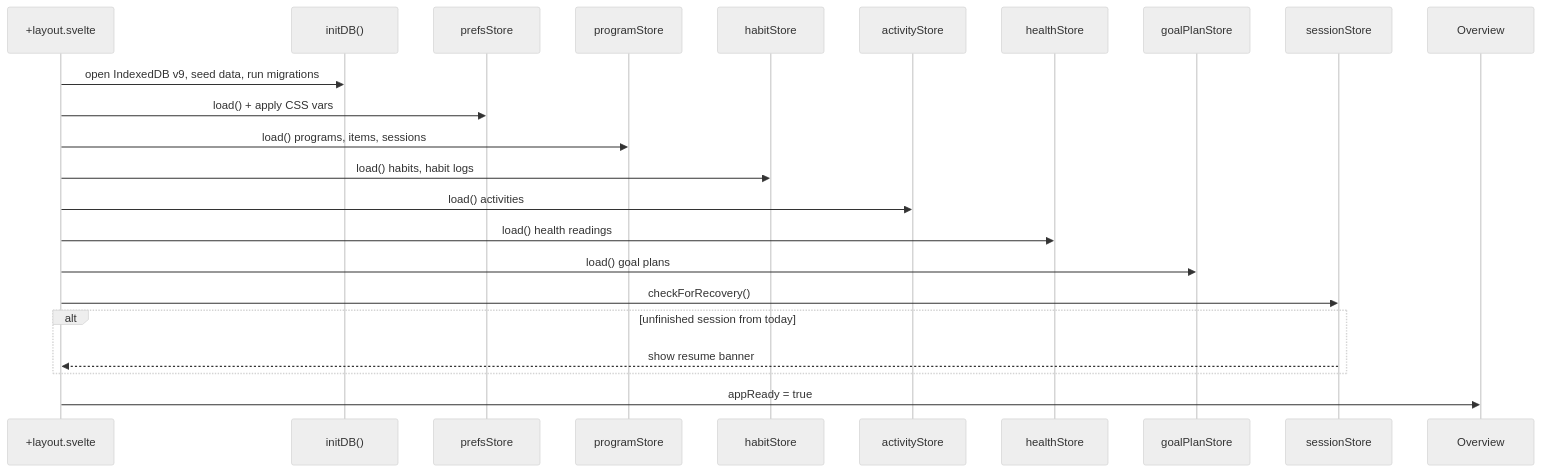
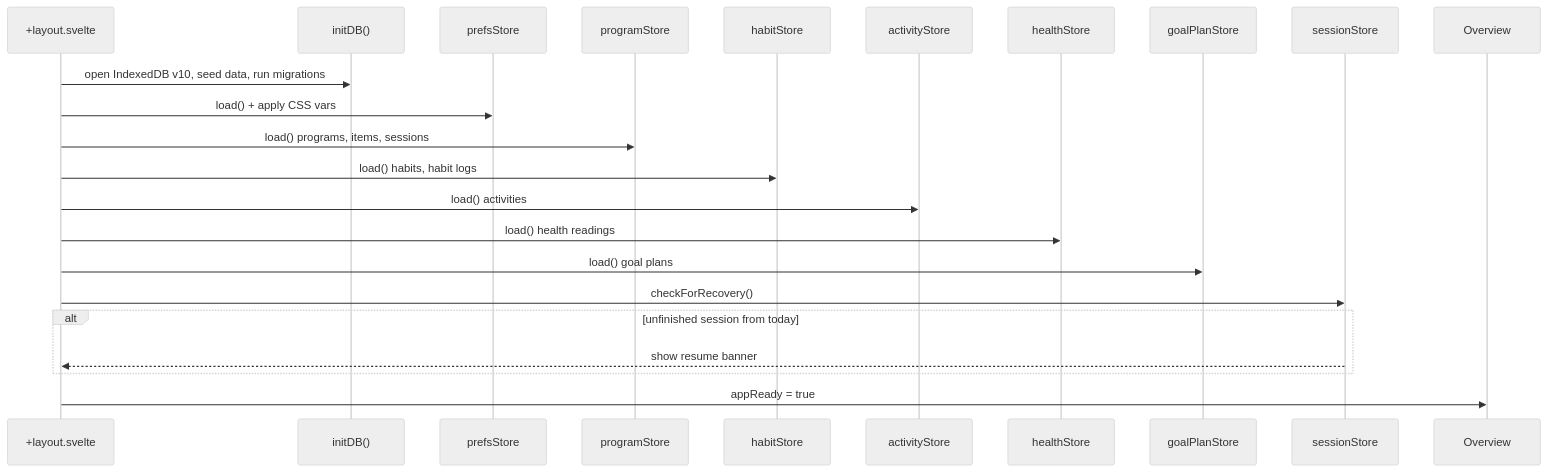
The third of 6 diagrams in docs/architecture/overview.md (jermbo/CosmicWorkOut), drawn with Mermaid (neutral theme) before and after one commit. The commit also changed other lines of this file and 31 other files, not shown here.

````diff
--- a/docs/architecture/overview.md
+++ b/docs/architecture/overview.md
@@ -82,26 +82,26 @@
 ```mermaid
 sequenceDiagram
     participant Layout as +layout.svelte
     participant DB as initDB()
     participant Prefs as prefsStore
     participant Prog as programStore
     participant Hab as habitStore
     participant Act as activityStore
     participant He as healthStore
     participant GP as goalPlanStore
     participant Sess as sessionStore
     participant UI as Overview
 
-    Layout->>DB: open IndexedDB v9, seed data, run migrations
+    Layout->>DB: open IndexedDB v10, seed data, run migrations
     Layout->>Prefs: load() + apply CSS vars
     Layout->>Prog: load() programs, items, sessions
     Layout->>Hab: load() habits, habit logs
     Layout->>Act: load() activities
     Layout->>He: load() health readings
     Layout->>GP: load() goal plans
     Layout->>Sess: checkForRecovery()
     alt unfinished session from today
         Sess-->>Layout: show resume banner
     end
     Layout->>UI: appReady = true
 ```
````
